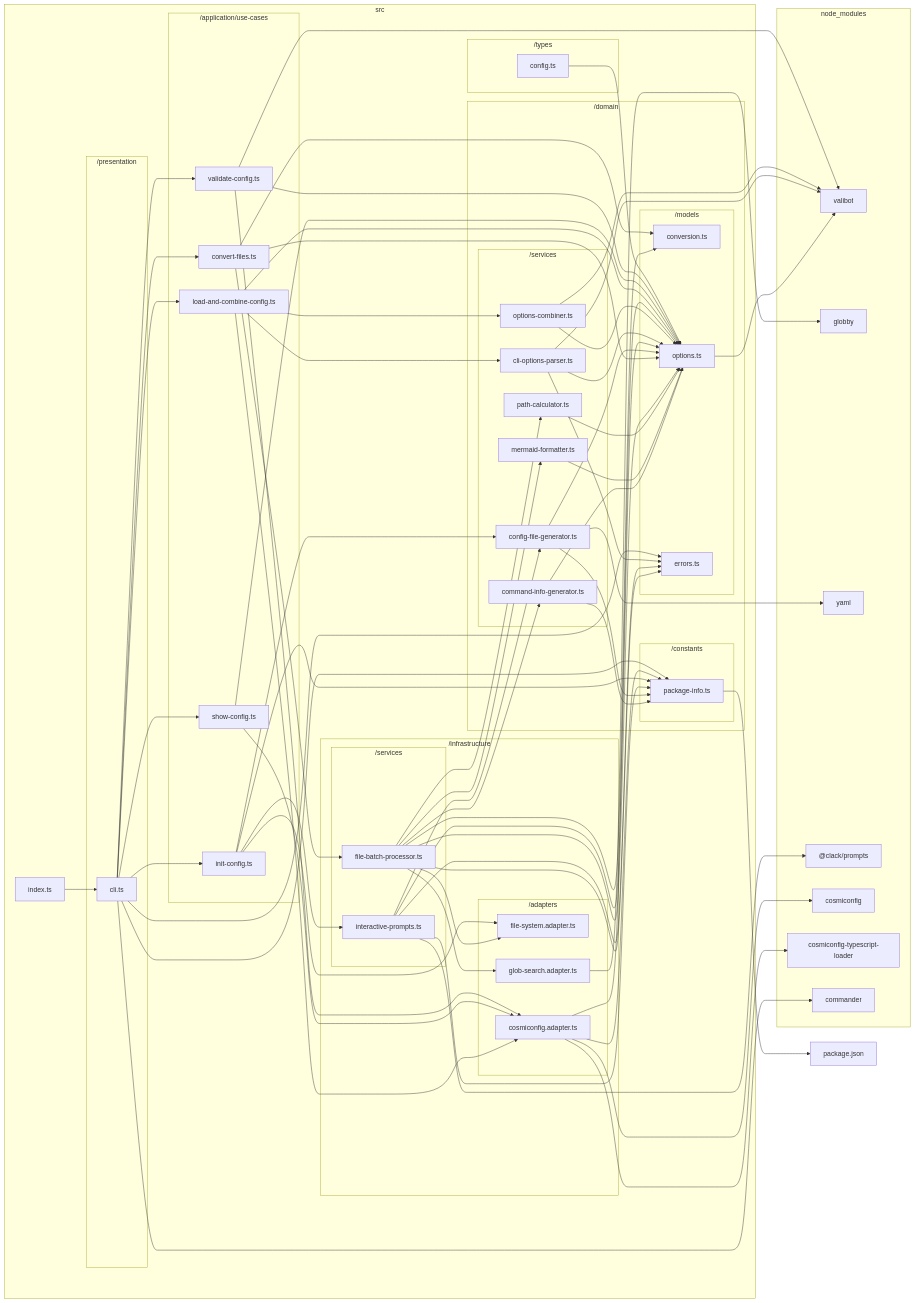
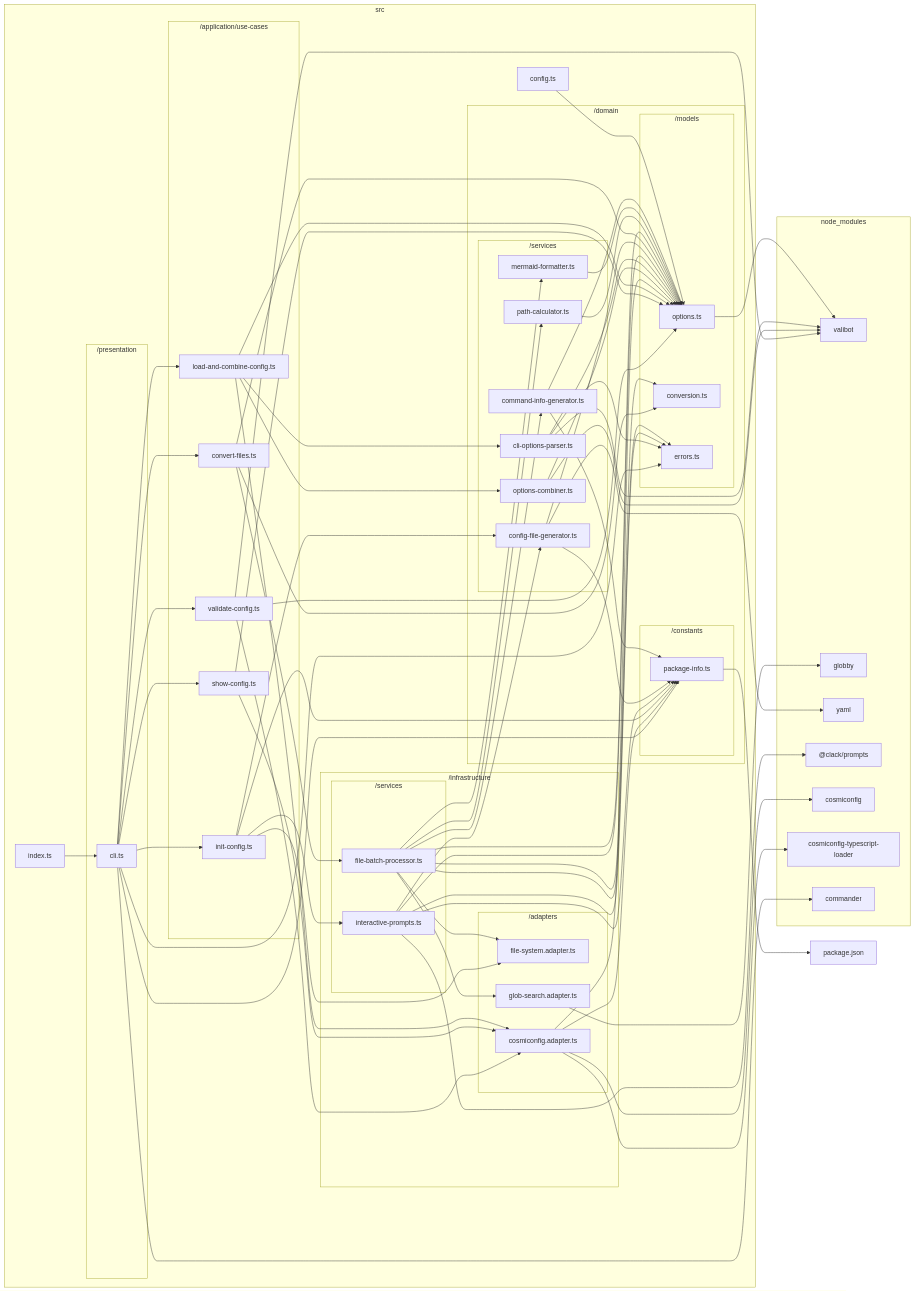
Before and after one commit to sugurutakahashi-1234/mermaid-markdown-wrap: the diagram in docs/reports/dependencies/deps-graph.md, drawn with Mermaid. The commit also changed 10 other files, not shown here.

````diff
--- a/docs/reports/dependencies/deps-graph.md
+++ b/docs/reports/dependencies/deps-graph.md
@@ -7,11 +7,12 @@
 ```mermaid
 flowchart LR
     subgraph src["src"]
+        src/config.ts["config.ts"]
         src/index.ts["index.ts"]
         subgraph src/domain["/domain"]
             subgraph src/domain/models["/models"]
+                src/domain/models/options.ts["options.ts"]
                 src/domain/models/conversion.ts["conversion.ts"]
-                src/domain/models/options.ts["options.ts"]
                 src/domain/models/errors.ts["errors.ts"]
             end
             subgraph src/domain/constants["/constants"]
@@ -47,9 +48,6 @@
         subgraph src/presentation["/presentation"]
             src/presentation/cli.ts["cli.ts"]
         end
-        subgraph src/types["/types"]
-            src/types/config.ts["config.ts"]
-        end
     end
     subgraph node//modules["node_modules"]
         node//modules/valibot/dist/index.d.cts["valibot"]
@@ -61,6 +59,7 @@
         node//modules/commander/typings/index.d.ts["commander"]
     end
     src/domain/models/options.ts-->node//modules/valibot/dist/index.d.cts
+    src/config.ts-->src/domain/models/options.ts
     src/domain/constants/package//info.ts-->package.json
     src/domain/services/command//info//generator.ts-->src/domain/constants/package//info.ts
     src/domain/services/command//info//generator.ts-->src/domain/models/options.ts
@@ -117,5 +116,4 @@
     src/presentation/cli.ts-->src/domain/constants/package//info.ts
     src/presentation/cli.ts-->src/domain/models/errors.ts
     src/index.ts-->src/presentation/cli.ts
-    src/types/config.ts-->src/domain/models/options.ts
 ```
````
